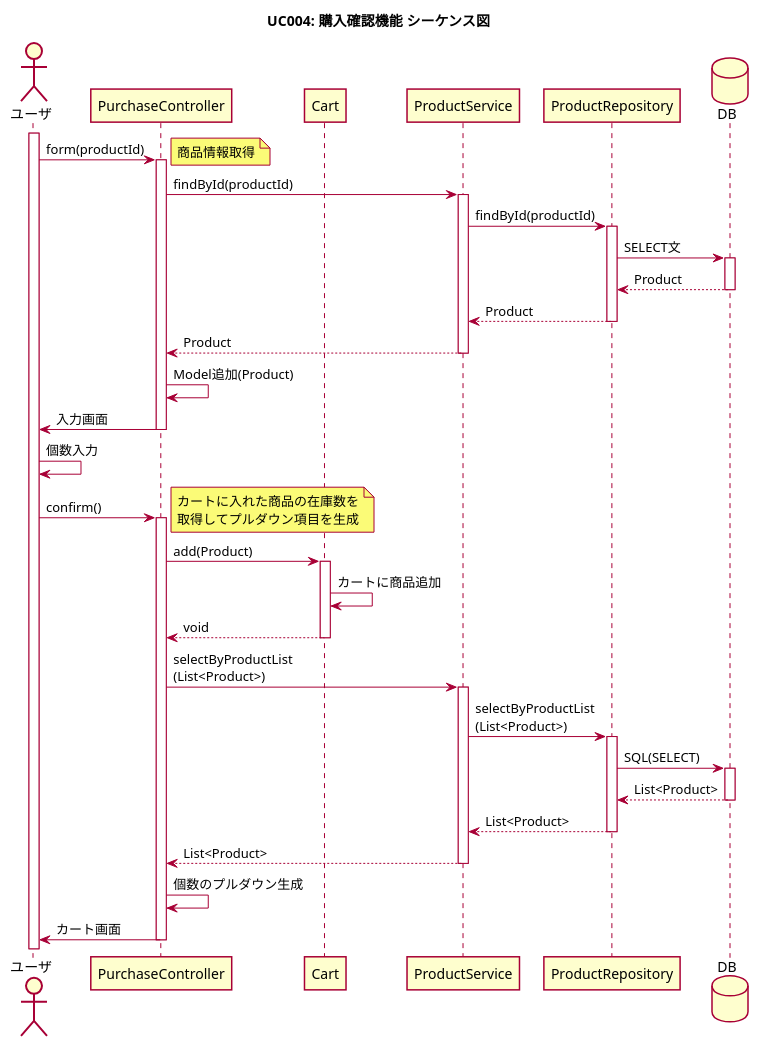
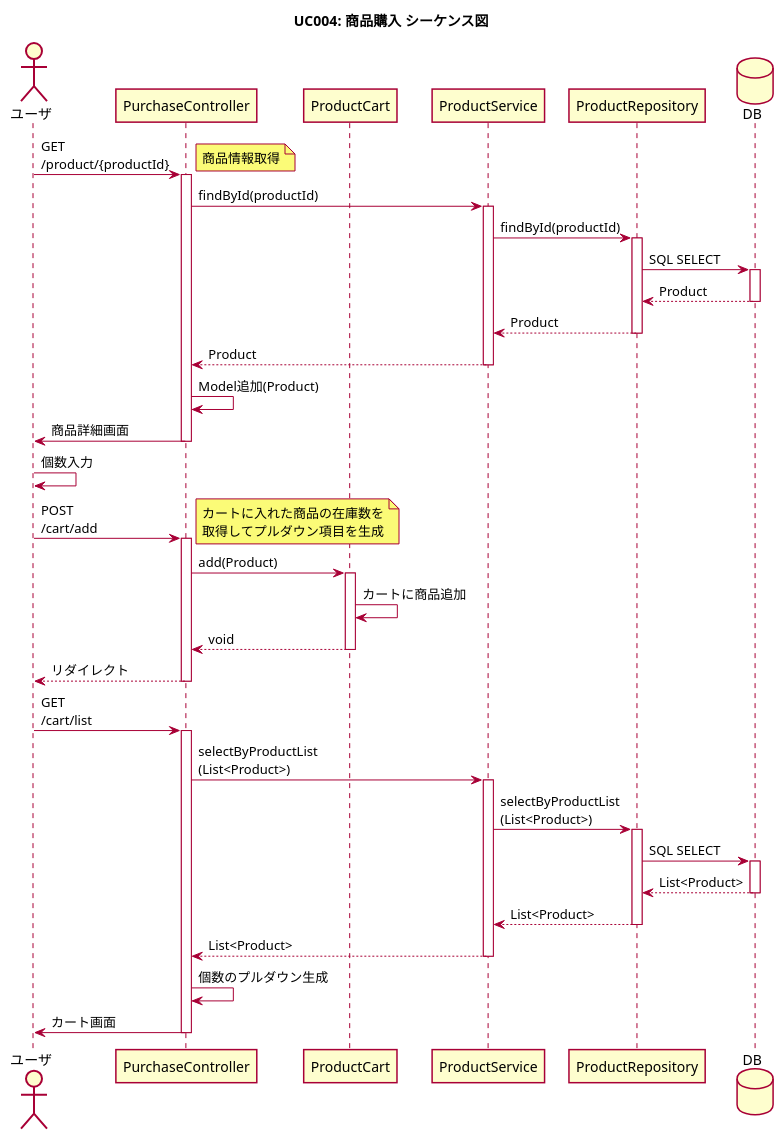
The diagram in plan/diagram/sequence/uc004_product_purchase.puml (imagepit/fullness-ec), drawn with PlantUML before and after one commit. The commit also changed 30 other files, not shown here.

```diff
--- a/plan/diagram/sequence/uc004_product_purchase.puml
+++ b/plan/diagram/sequence/uc004_product_purchase.puml
@@ -1,44 +1,43 @@
 @startuml
 skin rose
-title UC004: 購入確認機能 シーケンス図
+title UC004: 商品購入 シーケンス図
 skinparam shadowing false
 actor "ユーザ" as user
-activate user
 participant "PurchaseController" as ctrl
 ' participant "PurchaseForm" as form
-participant "Cart" as cart
+participant "ProductCart" as cart
 participant "ProductService" as svc
 participant "ProductRepository" as repo
 database DB as db
 
 ' 入力画面
-user -> ctrl ++ : form(productId)
+user -> ctrl ++ : GET\n/product/{productId}
 note right: 商品情報取得
 ctrl -> svc ++ : findById(productId)
 svc -> repo ++ : findById(productId)
-repo -> db ++ : SELECT文
+repo -> db ++ : SQL SELECT
 db --> repo -- : Product
 repo --> svc -- : Product
 svc --> ctrl -- : Product
-' ctrl -> form : エンティティから\nフォームに変換
-' ctrl <-- form : PurchaseForm
 ctrl -> ctrl : Model追加(Product)
-ctrl -> user -- : 入力画面
+ctrl -> user -- : 商品詳細画面
 
-' 確認画面
+' 商品購入
 user -> user : 個数入力
-user -> ctrl ++ : confirm()
+user -> ctrl ++ : POST\n/cart/add
 note right: カートに入れた商品の在庫数を\n取得してプルダウン項目を生成
 ctrl -> cart ++ : add(Product)
 cart -> cart : カートに商品追加
 ctrl <-- cart -- : void
+ctrl --> user-- : リダイレクト
+user -> ctrl ++ : GET\n/cart/list
 ctrl -> svc ++ : selectByProductList\n(List<Product>)
 svc -> repo ++ : selectByProductList\n(List<Product>)
-repo -> db ++ : SQL(SELECT)
+repo -> db ++ : SQL SELECT
 repo <-- db -- : List<Product>
 svc <-- repo -- : List<Product> 
 ctrl <-- svc -- : List<Product>
 ctrl -> ctrl : 個数のプルダウン生成
 ctrl -> user -- : カート画面
 
 @enduml
```
